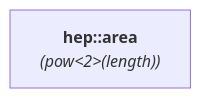
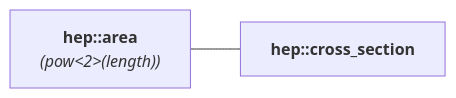
Before and after one commit to RalphSteinhagen/units: the diagram in docs/reference/systems_reference/hierarchies/area_hep.md, drawn with Mermaid. The commit also changed 23 other files, not shown here.

````diff
--- a/docs/reference/systems_reference/hierarchies/area_hep.md
+++ b/docs/reference/systems_reference/hierarchies/area_hep.md
@@ -8,4 +8,6 @@
 ```mermaid
 flowchart LR
     hep_area["<b><a href="../../systems/hep/#area" style="color: var(--md-mermaid-label-fg-color); text-decoration: none;">hep::area</a></b><br><i>(pow<2>(<a href="../../systems/hep/#length" style="color: var(--md-mermaid-label-fg-color); text-decoration: none;">length</a>))</i>"]
+    hep_cross_section["<b><a href="../../systems/hep/#cross_section" style="color: var(--md-mermaid-label-fg-color); text-decoration: none;">hep::cross_section</a></b>"]
+    hep_area --- hep_cross_section
 ```
````
